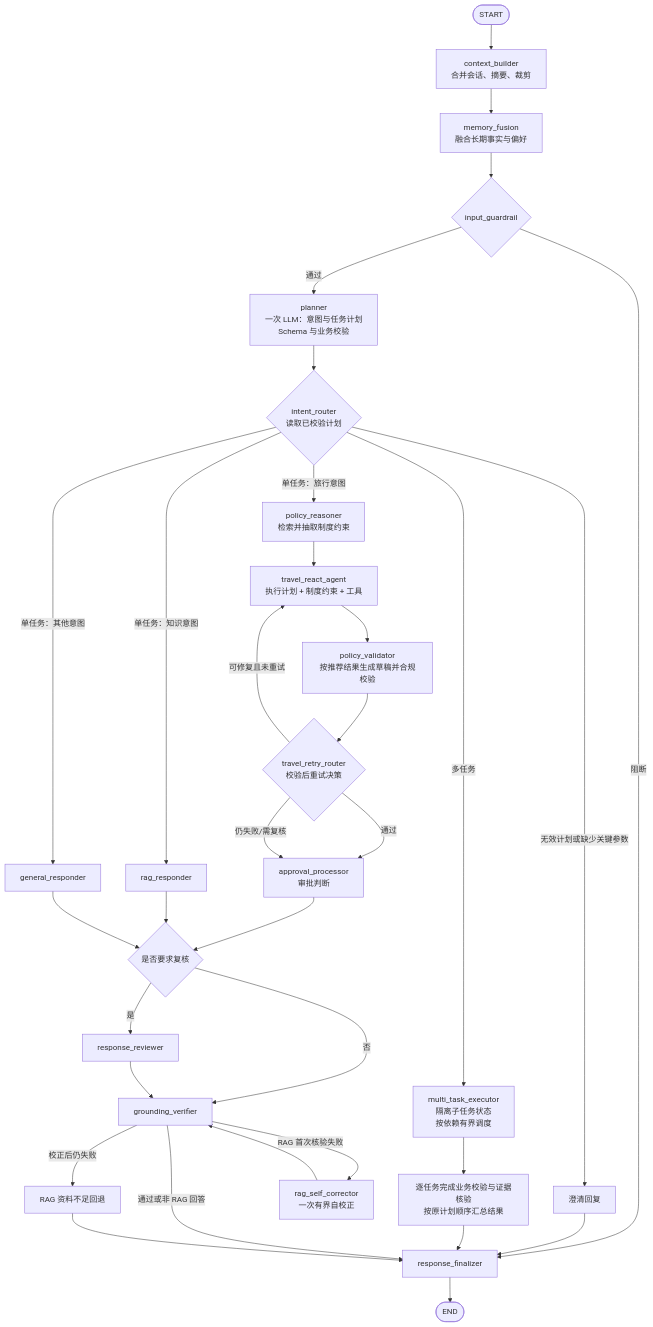
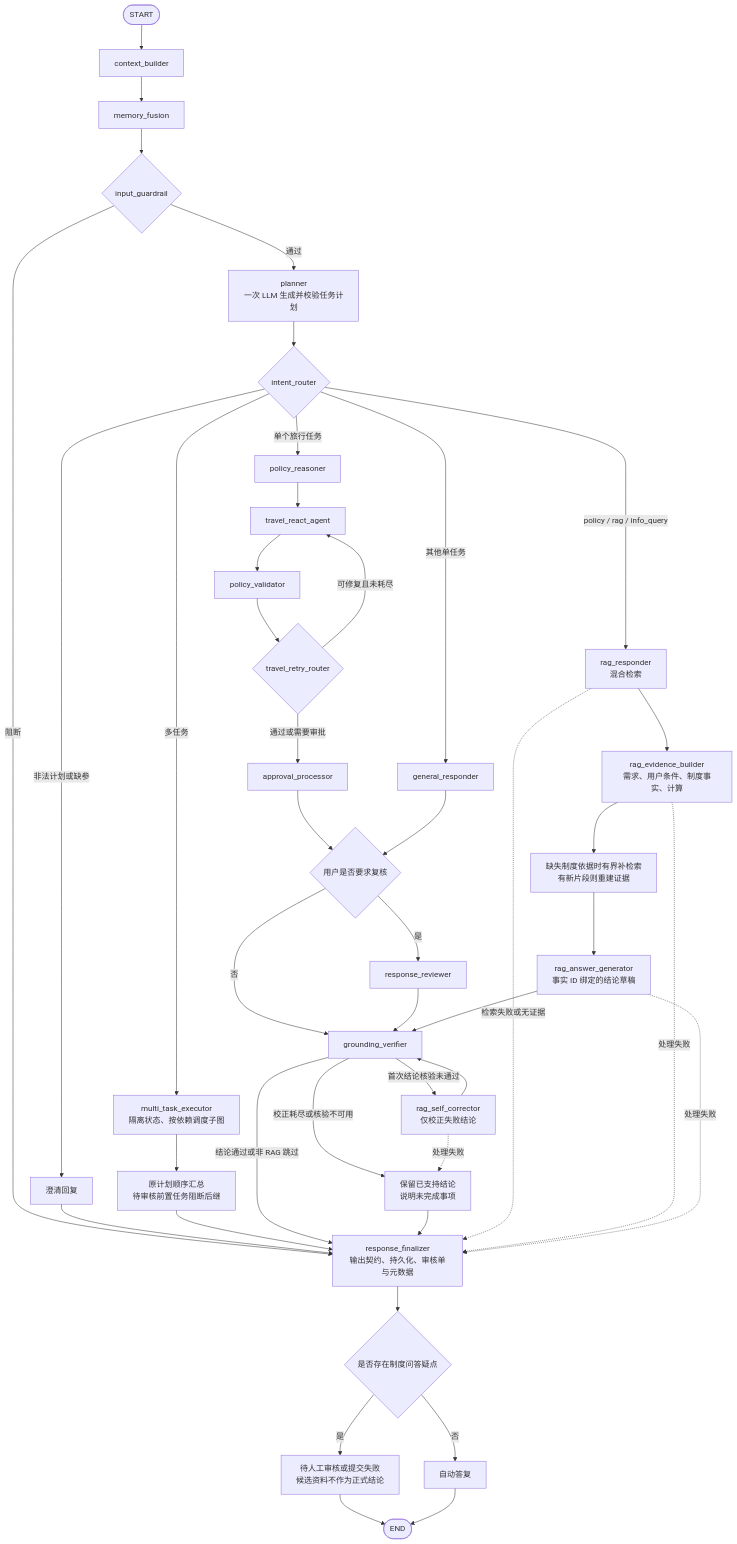
Before and after one commit to wangyang-777/Multi-Agent-Business-Travel-Assistant-System: the third of 12 diagrams in docs/overall-design.md, drawn with Mermaid. The commit also changed other lines of this file, not shown here.

Commit message:
docs: update overall design for evidence-driven QA

````diff
--- a/docs/overall-design.md
+++ b/docs/overall-design.md
@@ -169,38 +183,45 @@
 ```mermaid
 flowchart TD
-    Start([START]) --> Context[context_builder<br/>合并会话、摘要、裁剪]
-    Context --> Memory[memory_fusion<br/>融合长期事实与偏好]
+    Start([START]) --> Context[context_builder]
+    Context --> Memory[memory_fusion]
     Memory --> Guardrail{input_guardrail}
-    Guardrail -->|阻断| Finalizer[response_finalizer]
-    Guardrail -->|通过| Planner[planner<br/>一次 LLM：意图与任务计划<br/>Schema 与业务校验]
-    Planner --> Intent{intent_router<br/>读取已校验计划}
-
-    Intent -->|无效计划或缺少关键参数| Clarification[澄清回复]
+    Guardrail -->|阻断| Finalizer[response_finalizer<br/>输出契约、持久化、审核单与元数据]
+    Guardrail -->|通过| Planner[planner<br/>一次 LLM 生成并校验任务计划]
+    Planner --> Intent{intent_router}
+    Intent -->|非法计划或缺参| Clarification[澄清回复]
     Clarification --> Finalizer
-    Intent -->|单任务：旅行意图| PolicyReasoner[policy_reasoner<br/>检索并抽取制度约束]
-    Intent -->|单任务：知识意图| RAG[rag_responder]
-    Intent -->|单任务：其他意图| General[general_responder]
-    Intent -->|多任务| MultiTask[multi_task_executor<br/>隔离子任务状态<br/>按依赖有界调度]
-    MultiTask --> Aggregate[逐任务完成业务校验与证据核验<br/>按原计划顺序汇总结果]
+    Intent -->|单个旅行任务| Policy[policy_reasoner]
+    Intent -->|policy / rag / info_query| Retrieval[rag_responder<br/>混合检索]
+    Intent -->|其他单任务| General[general_responder]
+    Intent -->|多任务| Multi[multi_task_executor<br/>隔离状态、按依赖调度子图]
+    Multi --> Aggregate[原计划顺序汇总<br/>待审核前置任务阻断后继]
     Aggregate --> Finalizer
-
-    PolicyReasoner --> Travel[travel_react_agent<br/>执行计划 + 制度约束 + 工具]
-    Travel --> PolicyValidator[policy_validator<br/>按推荐结果生成草稿并合规校验]
-    PolicyValidator --> Retry{travel_retry_router<br/>校验后重试决策}
-    Retry -->|通过| Approval[approval_processor<br/>审批判断]
-    Retry -->|可修复且未重试| Travel
-    Retry -->|仍失败/需复核| Approval
-    Approval --> AfterAnswer{是否要求复核}
-    RAG --> AfterAnswer
-    General --> AfterAnswer
-
-    AfterAnswer -->|是| Reflection[response_reviewer]
-    AfterAnswer -->|否| Verify[grounding_verifier]
-    Reflection --> Verify
-    Verify -->|通过或非 RAG 回答| Finalizer
-    Verify -->|RAG 首次核验失败| Correct[rag_self_corrector<br/>一次有界自校正]
+    Policy --> Travel[travel_react_agent]
+    Travel --> Validator[policy_validator]
+    Validator --> Retry{travel_retry_router}
+    Retry -->|可修复且未耗尽| Travel
+    Retry -->|通过或需要审批| Approval[approval_processor]
+    Approval --> Reflect{用户是否要求复核}
+    General --> Reflect
+    Reflect -->|是| Reviewer[response_reviewer]
+    Reflect -->|否| Verify[grounding_verifier]
+    Reviewer --> Verify
+    Retrieval --> Evidence[rag_evidence_builder<br/>需求、用户条件、制度事实、计算]
+    Evidence --> Supplement[缺失制度依据时有界补检索<br/>有新片段则重建证据]
+    Supplement --> Draft[rag_answer_generator<br/>事实 ID 绑定的结论草稿]
+    Draft --> Verify
+    Verify -->|结论通过或非 RAG 跳过| Finalizer
+    Verify -->|首次结论核验未通过| Correct[rag_self_corrector<br/>仅校正失败结论]
     Correct --> Verify
-    Verify -->|校正后仍失败| RAGFallback[RAG 资料不足回退]
-    RAGFallback --> Finalizer
-    Finalizer --> End([END])
+    Verify -->|校正耗尽或核验不可用| Subset[保留已支持结论<br/>说明未完成事项]
+    Subset --> Finalizer
+    Retrieval -.检索失败或无证据.-> Finalizer
+    Evidence -.处理失败.-> Finalizer
+    Draft -.处理失败.-> Finalizer
+    Correct -.处理失败.-> Subset
+    Finalizer --> Review{是否存在制度问答疑点}
+    Review -->|是| Pending[待人工审核或提交失败<br/>候选资料不作为正式结论]
+    Review -->|否| Automatic[自动答复]
+    Pending --> End([END])
+    Automatic --> End
 ```
````
